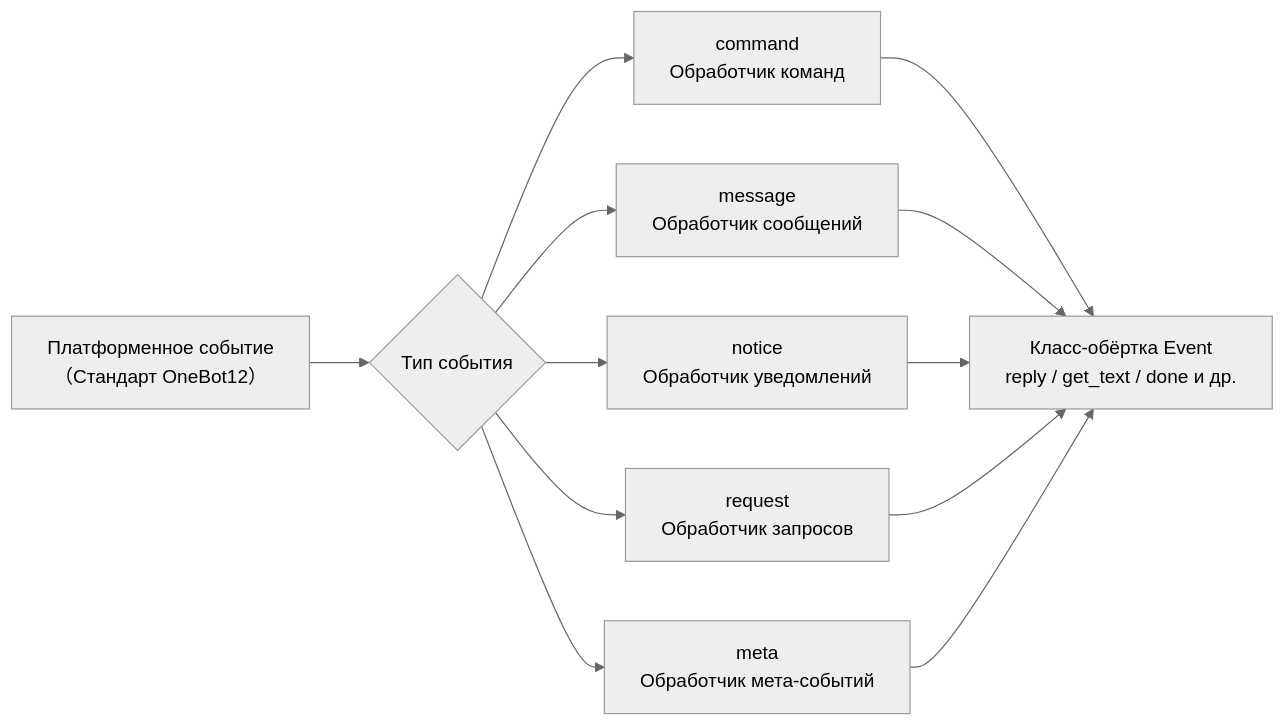
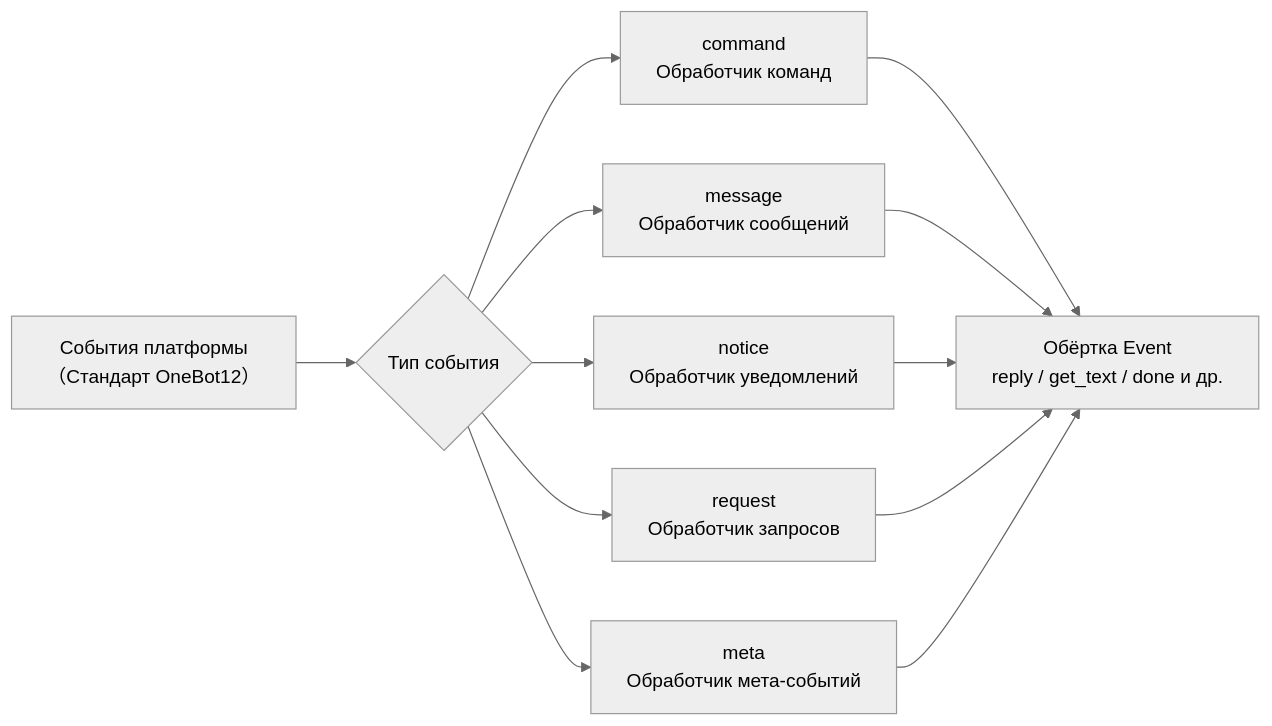
Before and after one commit to ErisPulse/ErisPulse: the diagram in docs/ru/api-reference/event-system.md, drawn with Mermaid (neutral theme). The commit also changed other lines of this file and 91 other files, not shown here.

````diff
--- a/docs/ru/api-reference/event-system.md
+++ b/docs/ru/api-reference/event-system.md
@@ -7,10 +7,10 @@
 ```mermaid
 flowchart LR
-    A["Платформенное событие<br/>（Стандарт OneBot12）"] --> B{"Тип события"}
+    A["События платформы<br/>（Стандарт OneBot12）"] --> B{"Тип события"}
     B --> C["command<br/>Обработчик команд"]
     B --> D["message<br/>Обработчик сообщений"]
     B --> E["notice<br/>Обработчик уведомлений"]
     B --> F["request<br/>Обработчик запросов"]
     B --> G["meta<br/>Обработчик мета-событий"]
-    C & D & E & F & G --> H["Класс-обёртка Event<br/>reply / get_text / done и др."]
+    C & D & E & F & G --> H["Обёртка Event<br/>reply / get_text / done и др."]
 ```
````
